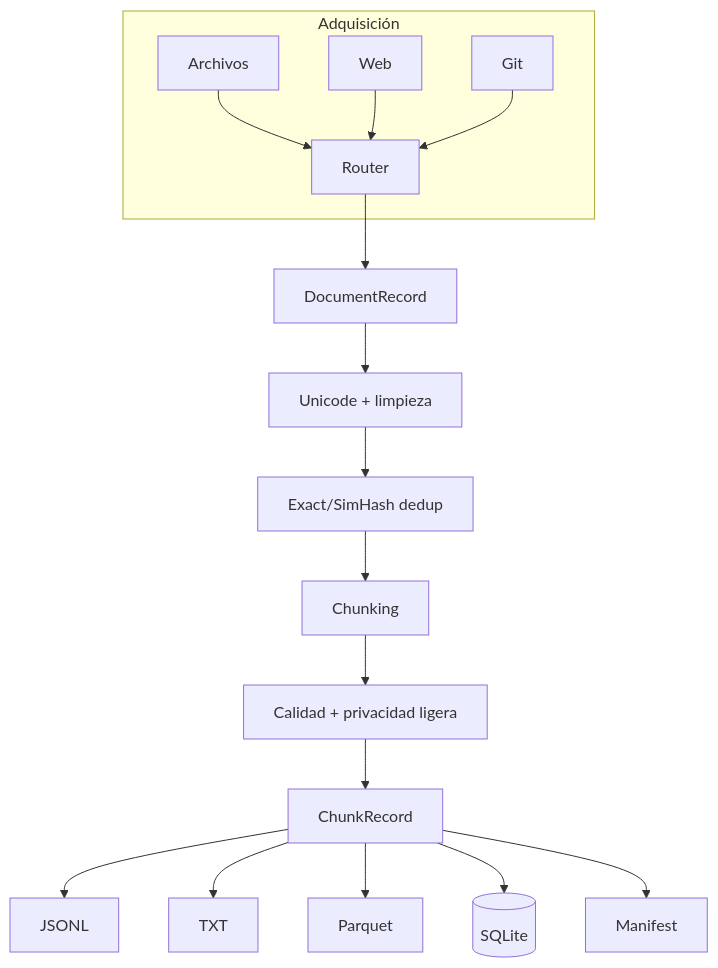
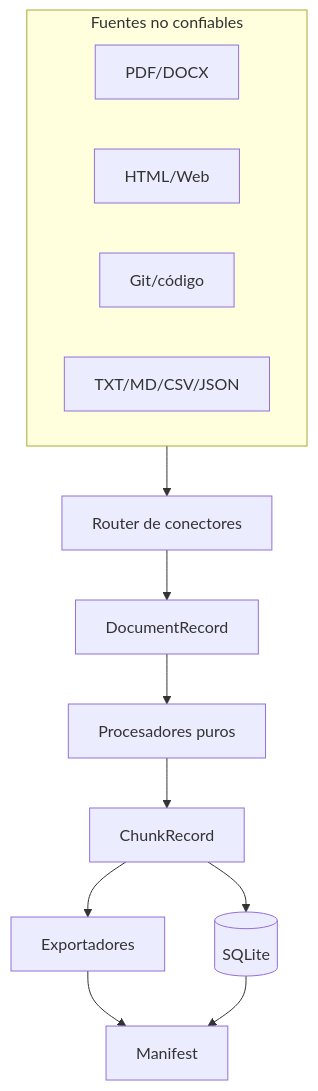
Before and after one commit to vladimiracunadev-create/ai-dataset-foundry: the first of 2 diagrams in docs/ARCHITECTURE.md, drawn with Mermaid. The commit also changed other lines of this file and 69 other files, not shown here.

````diff
--- a/docs/ARCHITECTURE.md
+++ b/docs/ARCHITECTURE.md
@@ -9,19 +7,17 @@
 ```mermaid
 flowchart TB
-    subgraph Acquisition[Adquisición]
-        F[Archivos] --> R[Router]
-        W[Web] --> R
-        G[Git] --> R
+    subgraph Sources[Fuentes no confiables]
+        PDF[PDF/DOCX]
+        WEB[HTML/Web]
+        GIT[Git/código]
+        DATA[TXT/MD/CSV/JSON]
     end
-    R --> D[DocumentRecord]
-    D --> N[Unicode + limpieza]
-    N --> DD[Exact/SimHash dedup]
-    DD --> CH[Chunking]
-    CH --> Q[Calidad + privacidad ligera]
-    Q --> CR[ChunkRecord]
-    CR --> E1[JSONL]
-    CR --> E2[TXT]
-    CR --> E3[Parquet]
-    CR --> E4[(SQLite)]
-    CR --> M[Manifest]
+    Sources --> ROUTER[Router de conectores]
+    ROUTER --> DOC[DocumentRecord]
+    DOC --> PROC[Procesadores puros]
+    PROC --> CHUNK[ChunkRecord]
+    CHUNK --> EXPORT[Exportadores]
+    CHUNK --> STORE[(SQLite)]
+    EXPORT --> MANIFEST[Manifest]
+    STORE --> MANIFEST
 ```
````
